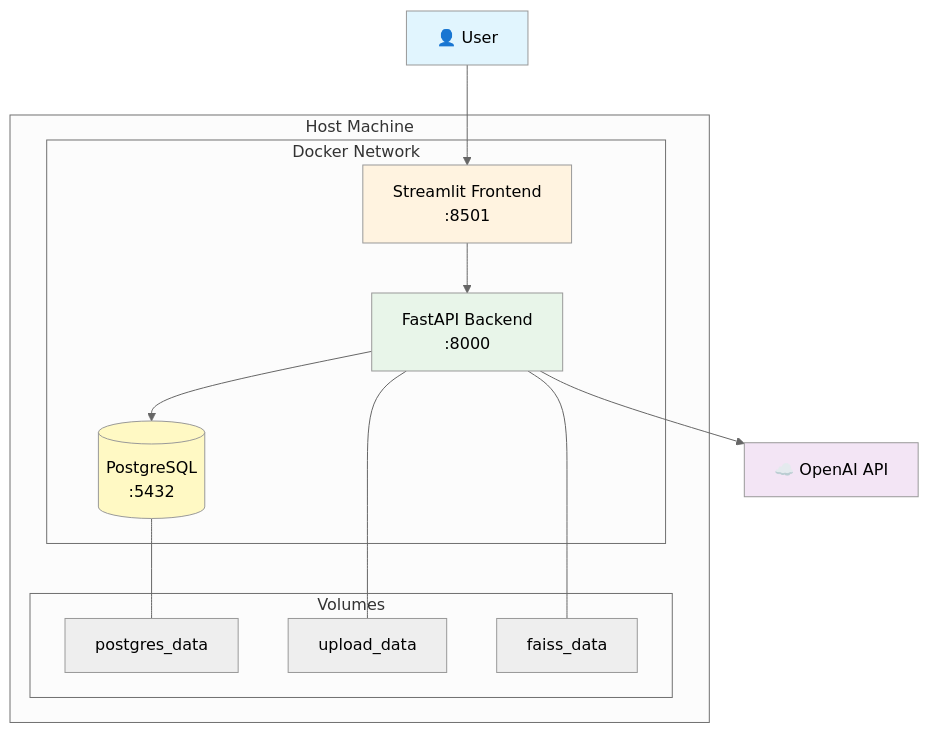
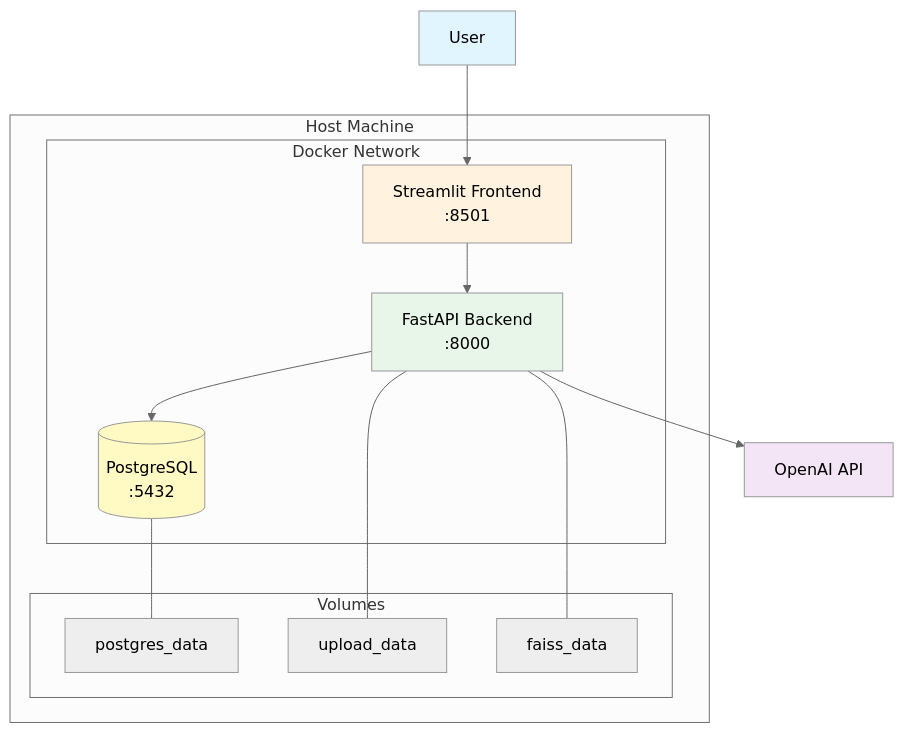
One commit to Samar-365/Financial-Document-Intelligence-RAG-Analytics-Platform changed the second of 3 diagrams in docs/DEPLOYMENT.md. Above: the diagram before and after it, drawn with Mermaid (neutral theme). The commit also changed other lines of this file and 19 other files, not shown here.

````diff
--- a/docs/DEPLOYMENT.md
+++ b/docs/DEPLOYMENT.md
@@ -444,31 +444,31 @@
 ```mermaid
 graph TB
     subgraph Host Machine
         subgraph Docker Network
             FE[Streamlit Frontend<br/>:8501]
             BE[FastAPI Backend<br/>:8000]
             DB[(PostgreSQL<br/>:5432)]
         end
         
         subgraph Volumes
             V1[postgres_data]
             V2[upload_data]
             V3[faiss_data]
         end
     end
     
-    User[👤 User] --> FE
+    User[ User] --> FE
     FE --> BE
     BE --> DB
-    BE --> OpenAI[☁️ OpenAI API]
+    BE --> OpenAI[ OpenAI API]
     
     DB --- V1
     BE --- V2
     BE --- V3
 
     style User fill:#e1f5fe
     style FE fill:#fff3e0
     style BE fill:#e8f5e9
     style DB fill:#fff9c4
     style OpenAI fill:#f3e5f5
 ```
````
